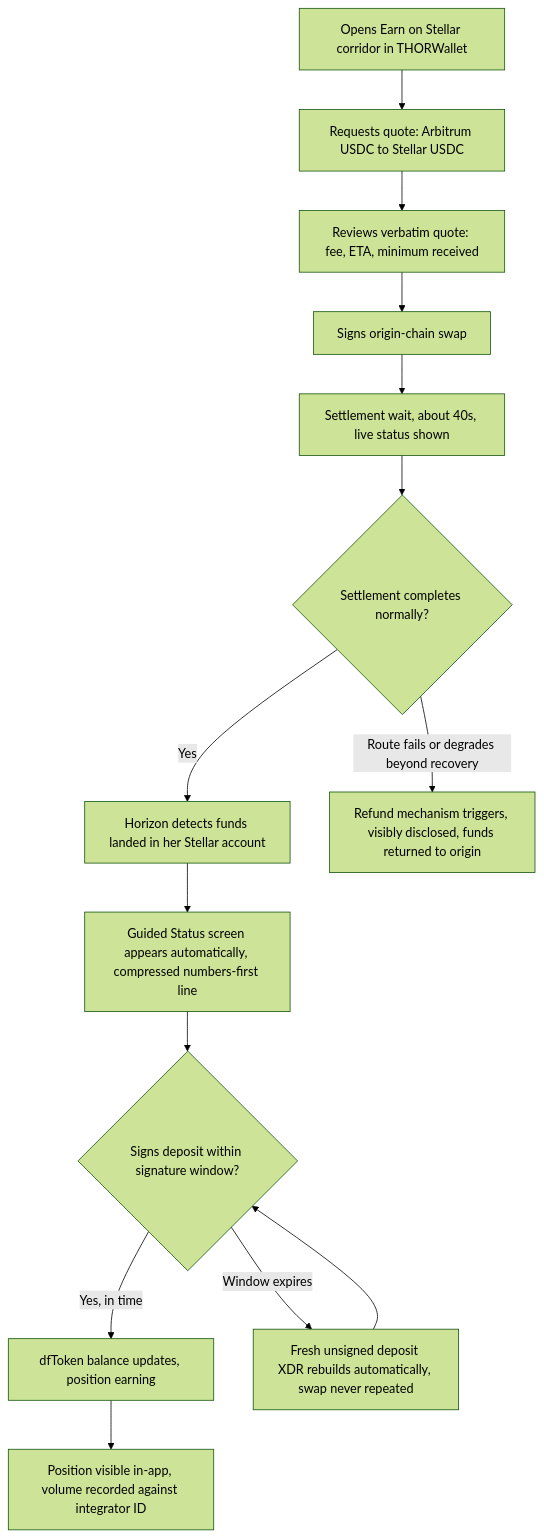
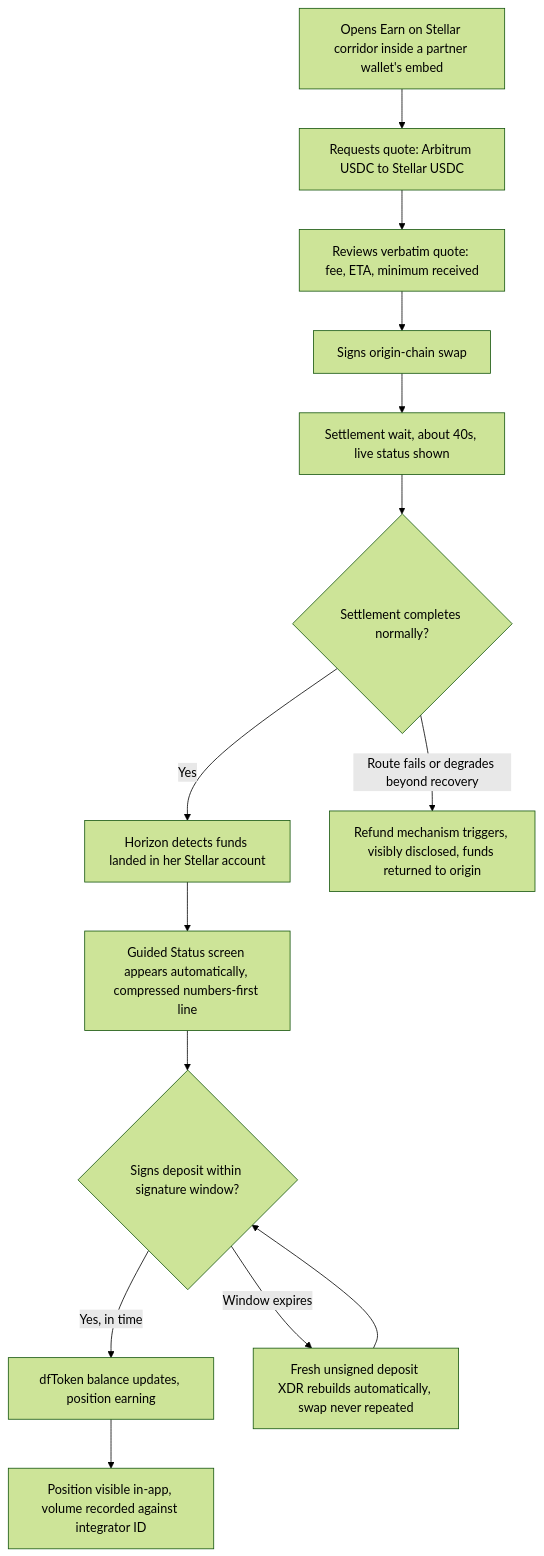
Before and after one commit to ZephyRoute/zephyroute: the first of 3 diagrams in docs/ux-design-specification.md, drawn with Mermaid (forest theme). The commit also changed other lines of this file and 2 other files, not shown here.

Commit message:
docs: generalize stale thorwallet references in architecture and ux docs

````diff
--- a/docs/ux-design-specification.md
+++ b/docs/ux-design-specification.md
@@ -312,16 +312,16 @@
 ```mermaid
 flowchart TD
-    A[Opens Earn on Stellar corridor in THORWallet] --> B[Requests quote: Arbitrum USDC to Stellar USDC]
+    A[Opens Earn on Stellar corridor inside a partner wallet's embed] --> B[Requests quote: Arbitrum USDC to Stellar USDC]
     B --> C[Reviews verbatim quote: fee, ETA, minimum received]
     C --> D[Signs origin-chain swap]
     D --> E[Settlement wait, about 40s, live status shown]
     E --> E2{Settlement completes normally?}
     E2 -->|Yes| F[Horizon detects funds landed in her Stellar account]
     E2 -->|Route fails or degrades beyond recovery| E3[Refund mechanism triggers, visibly disclosed, funds returned to origin]
     F --> G[Guided Status screen appears automatically, compressed numbers-first line]
     G --> H{Signs deposit within signature window?}
     H -->|Yes, in time| I[dfToken balance updates, position earning]
     H -->|Window expires| J[Fresh unsigned deposit XDR rebuilds automatically, swap never repeated]
     J --> H
     I --> K[Position visible in-app, volume recorded against integrator ID]
 ```
````
